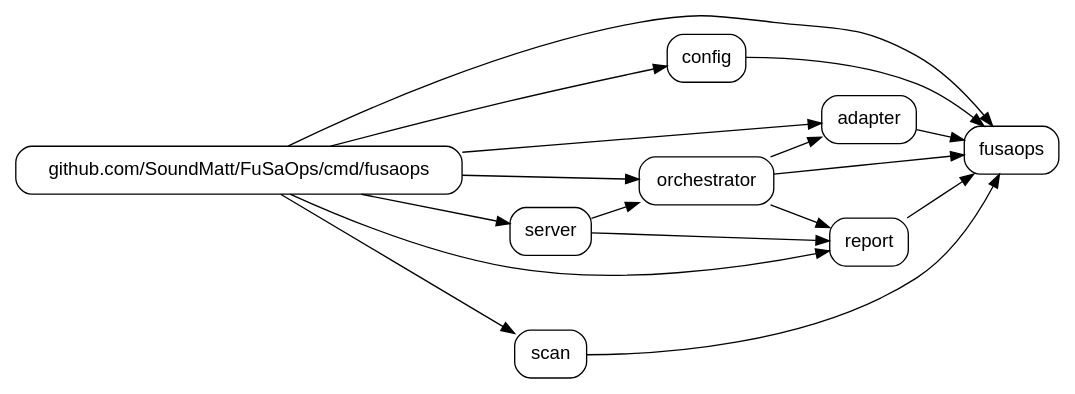
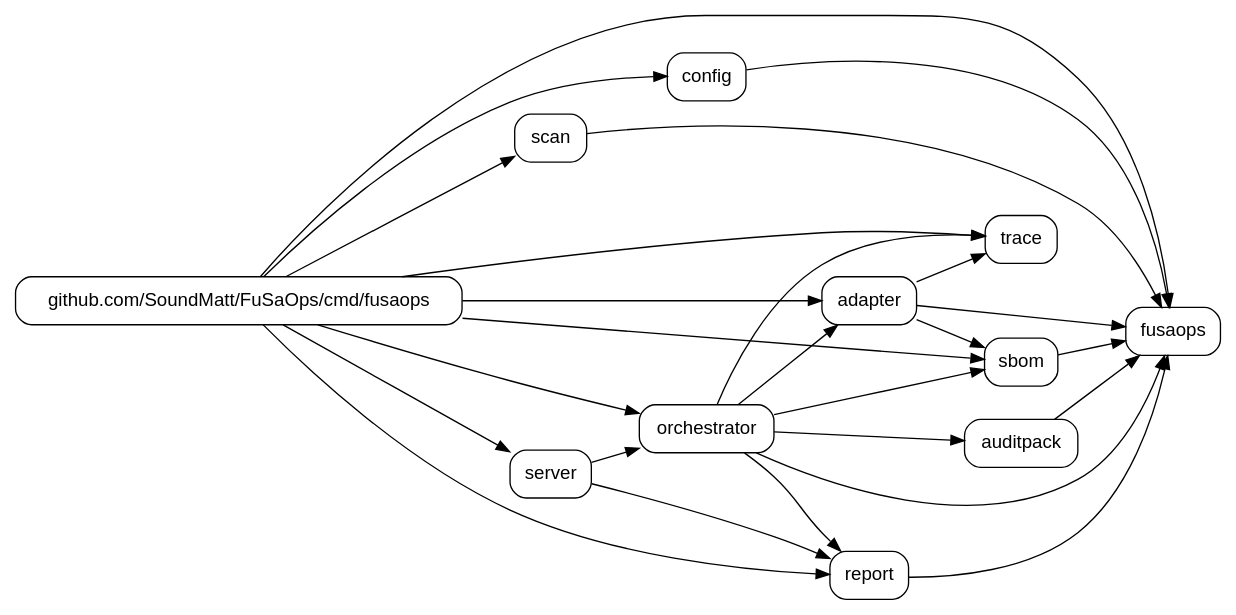
The diagram in boundary.dot (SoundMatt/FuSaOps), drawn with Graphviz before and after one commit. The commit also changed 41 other files, not shown here.

First line of the commit message:
feat: v0.2 evidence aggregation — trace, sbom, audit-pack

```diff
--- a/boundary.dot
+++ b/boundary.dot
@@ -1,32 +1,44 @@
 // Module: github.com/SoundMatt/FuSaOps
-// Generated: 2026-06-09T22:51:58Z
+// Generated: 2026-06-10T14:32:27Z
 digraph {
     rankdir=LR
     node [shape=box style=rounded fontname=Helvetica]
 
     "github_com_SoundMatt_FuSaOps" [label="fusaops"]
     "github_com_SoundMatt_FuSaOps_adapter" [label="adapter"]
+    "github_com_SoundMatt_FuSaOps_auditpack" [label="auditpack"]
     "github_com_SoundMatt_FuSaOps_cmd_fusaops" [label="github.com/SoundMatt/FuSaOps/cmd/fusaops"]
     "github_com_SoundMatt_FuSaOps_config" [label="config"]
     "github_com_SoundMatt_FuSaOps_orchestrator" [label="orchestrator"]
     "github_com_SoundMatt_FuSaOps_report" [label="report"]
+    "github_com_SoundMatt_FuSaOps_sbom" [label="sbom"]
     "github_com_SoundMatt_FuSaOps_scan" [label="scan"]
     "github_com_SoundMatt_FuSaOps_server" [label="server"]
+    "github_com_SoundMatt_FuSaOps_trace" [label="trace"]
 
     "github_com_SoundMatt_FuSaOps_adapter" -> "github_com_SoundMatt_FuSaOps"
+    "github_com_SoundMatt_FuSaOps_adapter" -> "github_com_SoundMatt_FuSaOps_sbom"
+    "github_com_SoundMatt_FuSaOps_adapter" -> "github_com_SoundMatt_FuSaOps_trace"
+    "github_com_SoundMatt_FuSaOps_auditpack" -> "github_com_SoundMatt_FuSaOps"
     "github_com_SoundMatt_FuSaOps_cmd_fusaops" -> "github_com_SoundMatt_FuSaOps"
     "github_com_SoundMatt_FuSaOps_cmd_fusaops" -> "github_com_SoundMatt_FuSaOps_adapter"
     "github_com_SoundMatt_FuSaOps_cmd_fusaops" -> "github_com_SoundMatt_FuSaOps_config"
     "github_com_SoundMatt_FuSaOps_cmd_fusaops" -> "github_com_SoundMatt_FuSaOps_orchestrator"
     "github_com_SoundMatt_FuSaOps_cmd_fusaops" -> "github_com_SoundMatt_FuSaOps_report"
+    "github_com_SoundMatt_FuSaOps_cmd_fusaops" -> "github_com_SoundMatt_FuSaOps_sbom"
     "github_com_SoundMatt_FuSaOps_cmd_fusaops" -> "github_com_SoundMatt_FuSaOps_scan"
     "github_com_SoundMatt_FuSaOps_cmd_fusaops" -> "github_com_SoundMatt_FuSaOps_server"
+    "github_com_SoundMatt_FuSaOps_cmd_fusaops" -> "github_com_SoundMatt_FuSaOps_trace"
     "github_com_SoundMatt_FuSaOps_config" -> "github_com_SoundMatt_FuSaOps"
     "github_com_SoundMatt_FuSaOps_orchestrator" -> "github_com_SoundMatt_FuSaOps"
     "github_com_SoundMatt_FuSaOps_orchestrator" -> "github_com_SoundMatt_FuSaOps_adapter"
+    "github_com_SoundMatt_FuSaOps_orchestrator" -> "github_com_SoundMatt_FuSaOps_auditpack"
     "github_com_SoundMatt_FuSaOps_orchestrator" -> "github_com_SoundMatt_FuSaOps_report"
+    "github_com_SoundMatt_FuSaOps_orchestrator" -> "github_com_SoundMatt_FuSaOps_sbom"
+    "github_com_SoundMatt_FuSaOps_orchestrator" -> "github_com_SoundMatt_FuSaOps_trace"
     "github_com_SoundMatt_FuSaOps_report" -> "github_com_SoundMatt_FuSaOps"
+    "github_com_SoundMatt_FuSaOps_sbom" -> "github_com_SoundMatt_FuSaOps"
     "github_com_SoundMatt_FuSaOps_scan" -> "github_com_SoundMatt_FuSaOps"
     "github_com_SoundMatt_FuSaOps_server" -> "github_com_SoundMatt_FuSaOps_orchestrator"
     "github_com_SoundMatt_FuSaOps_server" -> "github_com_SoundMatt_FuSaOps_report"
 }
```
